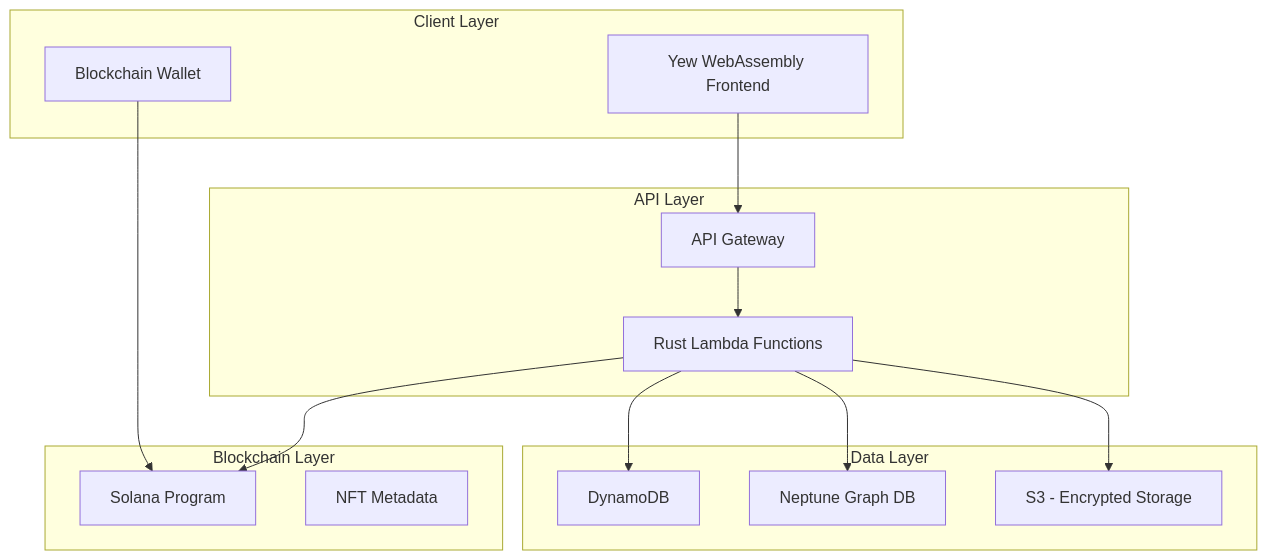
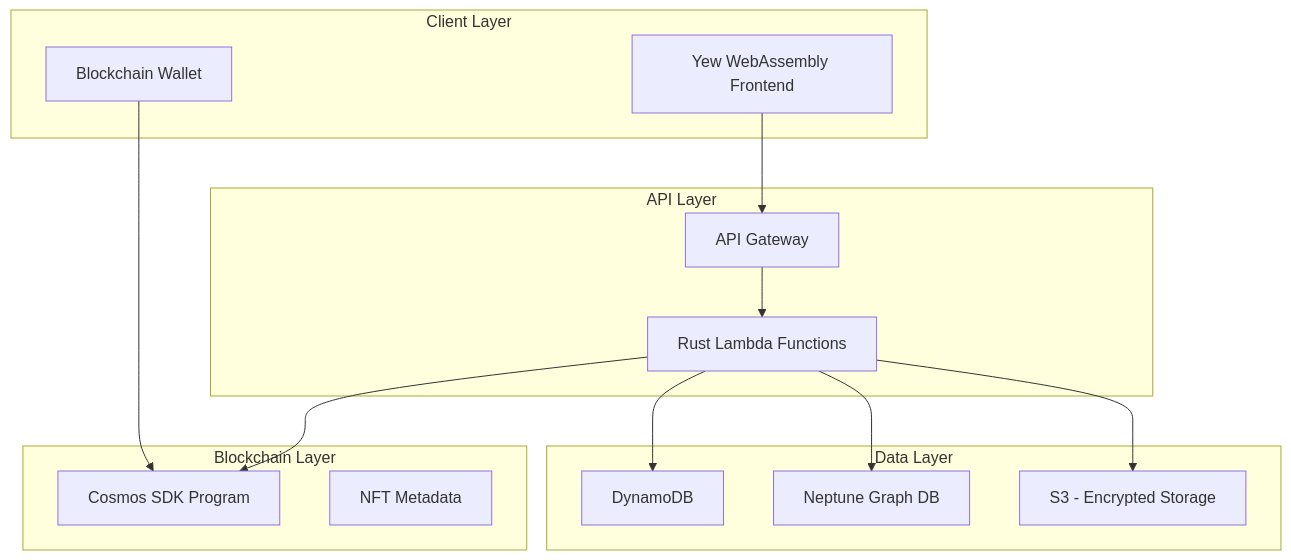
Before and after one commit to DegenVets/DegenVets: the diagram in docs/awsintegration.md, drawn with Mermaid. The commit also changed 1 other file, not shown here.

Commit message:
turn on contact us form

````diff
--- a/docs/awsintegration.md
+++ b/docs/awsintegration.md
@@ -31,31 +31,31 @@
 ```mermaid
 graph TB
     subgraph "Client Layer"
         A[Yew WebAssembly Frontend]
         B[Blockchain Wallet]
     end
 
     subgraph "API Layer"
         C[API Gateway]
         D[Rust Lambda Functions]
     end
 
     subgraph "Data Layer"
         E[DynamoDB]
         F[Neptune Graph DB]
         G[S3 - Encrypted Storage]
     end
 
     subgraph "Blockchain Layer"
-        H[Solana Program]
+        H[Cosmos SDK Program]
         I[NFT Metadata]
     end
 
     A --> C
     B --> H
     C --> D
     D --> E
     D --> F
     D --> G
     D --> H
 ```
````
